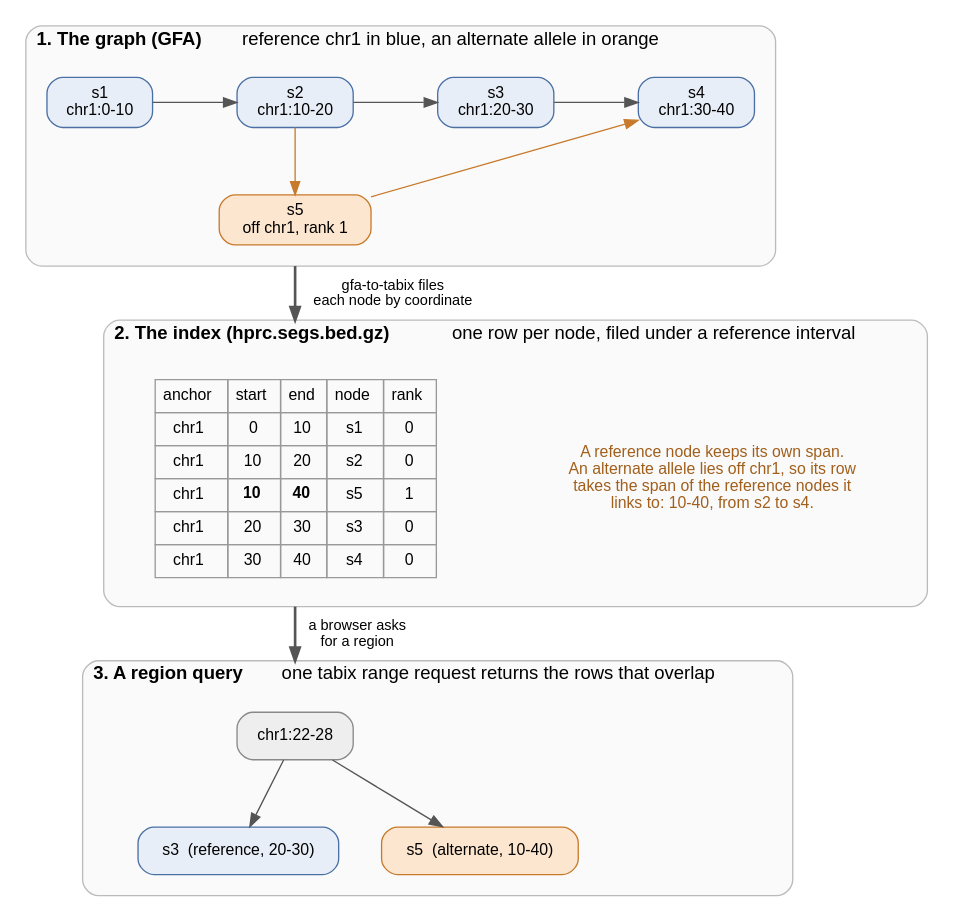
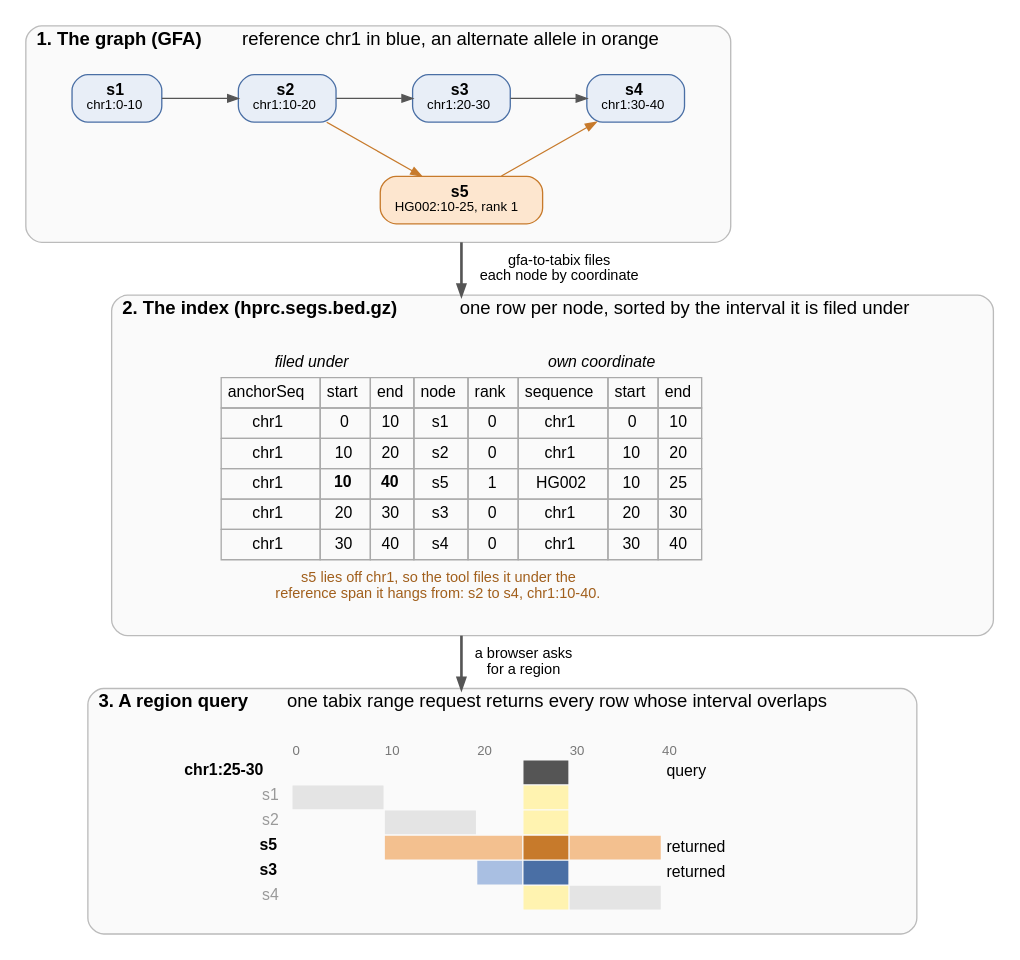
The diagram in docs/overview.dot (GMOD/gfa-to-tabix), drawn with Graphviz before and after one commit. The commit also changed 1 other file, not shown here.

Commit message:
Overview figure: index shows filed-under and own-coordinate columns; query panel draws intervals on a ruler
Panel 3 now plots each row's interval against chr1:25-30, so a reader sees
why s5 comes back. The note moves into the table, closing the gap below it.

```diff
--- a/docs/overview.dot
+++ b/docs/overview.dot
@@ -1,75 +1,76 @@
 // Draw with: dot -Tsvg docs/overview.dot -o docs/overview.svg
 digraph overview {
   bgcolor="white"
   fontname="Helvetica"
   rankdir=TB
   newrank=true
   compound=true
-  nodesep=0.45
-  ranksep=0.7
-  node [fontname="Helvetica", fontsize=12, shape=box, style="filled,rounded", fillcolor="#e8eef7", color="#4a6fa5", margin="0.15,0.08"]
-  edge [fontname="Helvetica", fontsize=11, color="#555555"]
+  nodesep=0.4
+  ranksep=0.55
+  node [fontname="Helvetica", fontsize=12, shape=box, style="filled,rounded", fillcolor="#e8eef7", color="#4a6fa5", margin="0.15,0.06"]
+  edge [fontname="Helvetica", fontsize=11, color="#555555", arrowsize=0.8]
 
   subgraph cluster_graph {
     label=<<B>1. The graph (GFA)</B>   reference chr1 in blue, an alternate allele in orange>
     labeljust=l
-    fontname="Helvetica"
     fontsize=14
     color="#bbbbbb"
     style="rounded,filled"
     fillcolor="#fafafa"
-    margin=16
-    s1 [label="s1\nchr1:0-10"]
-    s2 [label="s2\nchr1:10-20"]
-    s3 [label="s3\nchr1:20-30"]
-    s4 [label="s4\nchr1:30-40"]
-    s5 [label="s5\noff chr1, rank 1", fillcolor="#fde6cf", color="#c77a2b"]
+    margin=14
+    s1 [label=<<B>s1</B><BR/><FONT POINT-SIZE="10">chr1:0-10</FONT>>]
+    s2 [label=<<B>s2</B><BR/><FONT POINT-SIZE="10">chr1:10-20</FONT>>]
+    s3 [label=<<B>s3</B><BR/><FONT POINT-SIZE="10">chr1:20-30</FONT>>]
+    s4 [label=<<B>s4</B><BR/><FONT POINT-SIZE="10">chr1:30-40</FONT>>]
+    s5 [label=<<B>s5</B><BR/><FONT POINT-SIZE="10">HG002:10-25, rank 1</FONT>>, fillcolor="#fde6cf", color="#c77a2b"]
     {rank=same; s1; s2; s3; s4}
     s1 -> s2 -> s3 -> s4 [weight=20]
-    s2 -> s5 [color="#c77a2b"]
-    s5 -> s4 [color="#c77a2b", constraint=false]
+    s3 -> s5 [style=invis, weight=20]
+    s2 -> s5 [color="#c77a2b", weight=0]
+    s5 -> s4 [color="#c77a2b", weight=0]
   }
 
   subgraph cluster_files {
-    label=<<B>2. The index (hprc.segs.bed.gz)</B>   one row per node, filed under a reference interval>
+    label=<<B>2. The index (hprc.segs.bed.gz)</B>   one row per node, sorted by the interval it is filed under>
     labeljust=l
-    fontname="Helvetica"
     fontsize=14
     color="#bbbbbb"
     style="rounded,filled"
     fillcolor="#fafafa"
-    margin=16
+    margin=14
     rows [shape=plaintext, style="", label=<
-      <TABLE BORDER="0" CELLBORDER="1" CELLSPACING="0" CELLPADDING="5" COLOR="#999999">
-        <TR BGCOLOR="#dddddd"><TD>anchor</TD><TD>start</TD><TD>end</TD><TD>node</TD><TD>rank</TD></TR>
-        <TR BGCOLOR="#e8eef7"><TD>chr1</TD><TD>0</TD><TD>10</TD><TD>s1</TD><TD>0</TD></TR>
-        <TR BGCOLOR="#e8eef7"><TD>chr1</TD><TD>10</TD><TD>20</TD><TD>s2</TD><TD>0</TD></TR>
-        <TR BGCOLOR="#fde6cf"><TD>chr1</TD><TD><B>10</B></TD><TD><B>40</B></TD><TD>s5</TD><TD>1</TD></TR>
-        <TR BGCOLOR="#e8eef7"><TD>chr1</TD><TD>20</TD><TD>30</TD><TD>s3</TD><TD>0</TD></TR>
-        <TR BGCOLOR="#e8eef7"><TD>chr1</TD><TD>30</TD><TD>40</TD><TD>s4</TD><TD>0</TD></TR>
+      <TABLE BORDER="0" CELLBORDER="1" CELLSPACING="0" CELLPADDING="4" COLOR="#aaaaaa">
+        <TR><TD COLSPAN="3" BORDER="0"><I>filed under</I></TD><TD COLSPAN="2" BORDER="0"></TD><TD COLSPAN="3" BORDER="0"><I>own coordinate</I></TD></TR>
+        <TR BGCOLOR="#dddddd"><TD>anchorSeq</TD><TD>start</TD><TD>end</TD><TD>node</TD><TD>rank</TD><TD>sequence</TD><TD>start</TD><TD>end</TD></TR>
+        <TR BGCOLOR="#e8eef7"><TD>chr1</TD><TD>0</TD><TD>10</TD><TD>s1</TD><TD>0</TD><TD>chr1</TD><TD>0</TD><TD>10</TD></TR>
+        <TR BGCOLOR="#e8eef7"><TD>chr1</TD><TD>10</TD><TD>20</TD><TD>s2</TD><TD>0</TD><TD>chr1</TD><TD>10</TD><TD>20</TD></TR>
+        <TR BGCOLOR="#fde6cf"><TD>chr1</TD><TD><B>10</B></TD><TD><B>40</B></TD><TD>s5</TD><TD>1</TD><TD>HG002</TD><TD>10</TD><TD>25</TD></TR>
+        <TR BGCOLOR="#e8eef7"><TD>chr1</TD><TD>20</TD><TD>30</TD><TD>s3</TD><TD>0</TD><TD>chr1</TD><TD>20</TD><TD>30</TD></TR>
+        <TR BGCOLOR="#e8eef7"><TD>chr1</TD><TD>30</TD><TD>40</TD><TD>s4</TD><TD>0</TD><TD>chr1</TD><TD>30</TD><TD>40</TD></TR>
+        <TR><TD COLSPAN="8" BORDER="0" CELLPADDING="8"><FONT POINT-SIZE="11" COLOR="#a15f1c">s5 lies off chr1, so the tool files it under the<BR/>reference span it hangs from: s2 to s4, chr1:10-40.</FONT></TD></TR>
       </TABLE>>]
-    note [shape=plaintext, style="", fontsize=12, fontcolor="#a15f1c", label="A reference node keeps its own span.\nAn alternate allele lies off chr1, so its row\ntakes the span of the reference nodes it\nlinks to: 10-40, from s2 to s4."]
-    {rank=same; rows; note}
-    rows -> note [style=invis]
   }
 
   subgraph cluster_query {
-    label=<<B>3. A region query</B>   one tabix range request returns the rows that overlap>
+    label=<<B>3. A region query</B>   one tabix range request returns every row whose interval overlaps>
     labeljust=l
-    fontname="Helvetica"
     fontsize=14
     color="#bbbbbb"
     style="rounded,filled"
     fillcolor="#fafafa"
-    margin=16
-    q [label="chr1:22-28", fillcolor="#eeeeee", color="#888888"]
-    r3 [label="s3  (reference, 20-30)"]
-    r5 [label="s5  (alternate, 10-40)", fillcolor="#fde6cf", color="#c77a2b"]
-    {rank=same; r3; r5}
-    q -> r3
-    q -> r5
+    margin=14
+    hits [shape=plaintext, style="", label=<
+      <TABLE BORDER="0" CELLBORDER="0" CELLSPACING="1" CELLPADDING="0">
+        <TR><TD></TD><TD WIDTH="34" ALIGN="LEFT"><FONT POINT-SIZE="10" COLOR="#777777">0</FONT></TD><TD WIDTH="34"></TD><TD WIDTH="34" ALIGN="LEFT"><FONT POINT-SIZE="10" COLOR="#777777">10</FONT></TD><TD WIDTH="34"></TD><TD WIDTH="34" ALIGN="LEFT"><FONT POINT-SIZE="10" COLOR="#777777">20</FONT></TD><TD WIDTH="34"></TD><TD WIDTH="34" ALIGN="LEFT"><FONT POINT-SIZE="10" COLOR="#777777">30</FONT></TD><TD WIDTH="34"></TD><TD ALIGN="LEFT"><FONT POINT-SIZE="10" COLOR="#777777">40</FONT></TD></TR>
+        <TR><TD ALIGN="RIGHT" HEIGHT="18"><B>chr1:25-30</B>  </TD><TD COLSPAN="5"></TD><TD BGCOLOR="#555555"></TD><TD COLSPAN="2"></TD><TD ALIGN="LEFT">  query</TD></TR>
+        <TR><TD ALIGN="RIGHT" HEIGHT="18"><FONT COLOR="#999999">s1</FONT>  </TD><TD COLSPAN="2" BGCOLOR="#e4e4e4"></TD><TD COLSPAN="3"></TD><TD BGCOLOR="#fff3b0"></TD><TD COLSPAN="2"></TD><TD></TD></TR>
+        <TR><TD ALIGN="RIGHT" HEIGHT="18"><FONT COLOR="#999999">s2</FONT>  </TD><TD COLSPAN="2"></TD><TD COLSPAN="2" BGCOLOR="#e4e4e4"></TD><TD></TD><TD BGCOLOR="#fff3b0"></TD><TD COLSPAN="2"></TD><TD></TD></TR>
+        <TR><TD ALIGN="RIGHT" HEIGHT="18"><B>s5</B>  </TD><TD COLSPAN="2"></TD><TD COLSPAN="3" BGCOLOR="#f3c08f"></TD><TD BGCOLOR="#c77a2b"></TD><TD COLSPAN="2" BGCOLOR="#f3c08f"></TD><TD ALIGN="LEFT">  returned</TD></TR>
+        <TR><TD ALIGN="RIGHT" HEIGHT="18"><B>s3</B>  </TD><TD COLSPAN="4"></TD><TD BGCOLOR="#a9bfe2"></TD><TD BGCOLOR="#4a6fa5"></TD><TD COLSPAN="2"></TD><TD ALIGN="LEFT">  returned</TD></TR>
+        <TR><TD ALIGN="RIGHT" HEIGHT="18"><FONT COLOR="#999999">s4</FONT>  </TD><TD COLSPAN="5"></TD><TD BGCOLOR="#fff3b0"></TD><TD COLSPAN="2" BGCOLOR="#e4e4e4"></TD><TD></TD></TR>
+      </TABLE>>]
   }
 
   s5 -> rows [ltail=cluster_graph, lhead=cluster_files, label="  gfa-to-tabix files\n  each node by coordinate", penwidth=2]
-  rows -> q [ltail=cluster_files, lhead=cluster_query, label="  a browser asks\n  for a region", penwidth=2]
+  rows -> hits [ltail=cluster_files, lhead=cluster_query, label="  a browser asks\n  for a region", penwidth=2]
 }
```
